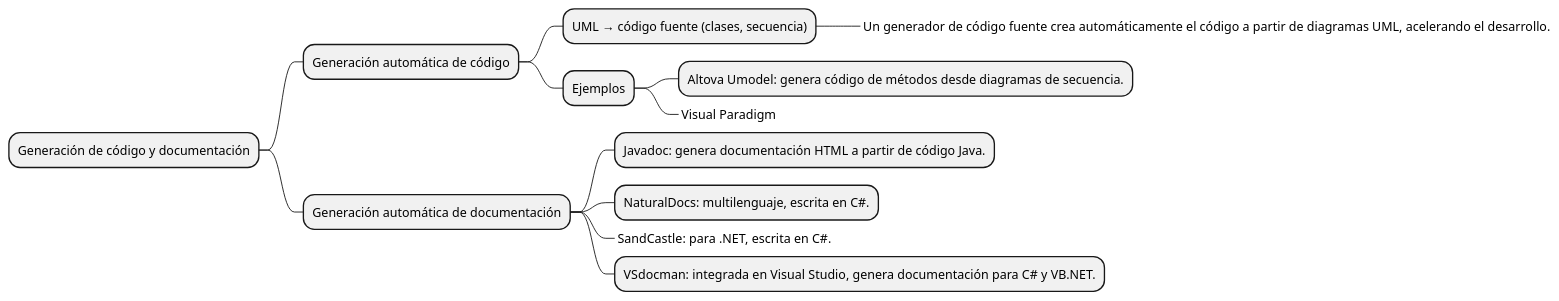
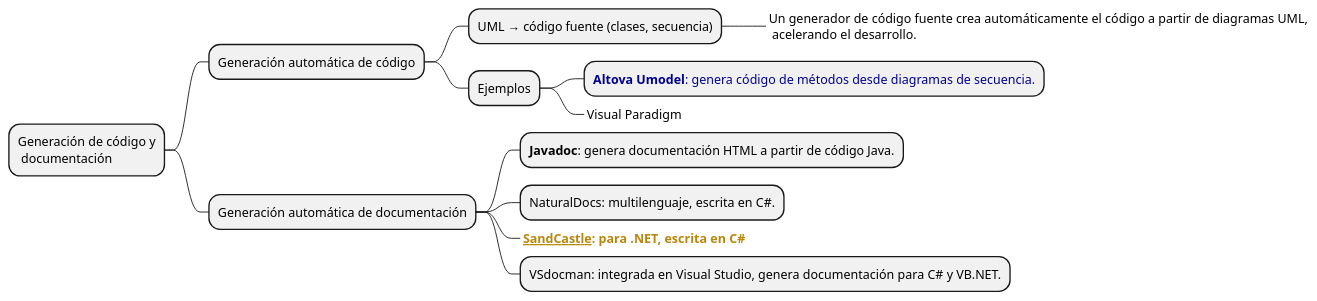
One commit to luisgomezgithub/CursoGit changed the diagram in 3.generacion_codigo.puml. Above: the diagram before and after it, drawn with PlantUML. The commit also changed 13 other files, not shown here.

```diff
--- a/3.generacion_codigo.puml
+++ b/3.generacion_codigo.puml
@@ -1,14 +1,14 @@
 @startmindmap
-* Generación de código y documentación
+* Generación de código y\n documentación
 ** Generación automática de código
 *** UML → código fuente (clases, secuencia)
-****_ Un generador de código fuente crea automáticamente el código a partir de diagramas UML, acelerando el desarrollo.
+****_ Un generador de código fuente crea automáticamente el código a partir de diagramas UML, \n acelerando el desarrollo.
 *** Ejemplos
-**** Altova Umodel: genera código de métodos desde diagramas de secuencia.
+**** <color darkblue>**Altova Umodel**: genera código de métodos desde diagramas de secuencia.
 ****_ Visual Paradigm
 ** Generación automática de documentación
-*** Javadoc: genera documentación HTML a partir de código Java.
+*** **Javadoc**: genera documentación HTML a partir de código Java.
 *** NaturalDocs: multilenguaje, escrita en C#.
-***_ SandCastle: para .NET, escrita en C#.
+***_ <color DarkGoldenRod>**<u>SandCastle</u>: para .NET, escrita en C#**
 *** VSdocman: integrada en Visual Studio, genera documentación para C# y VB.NET.
 @endmindmap
```
